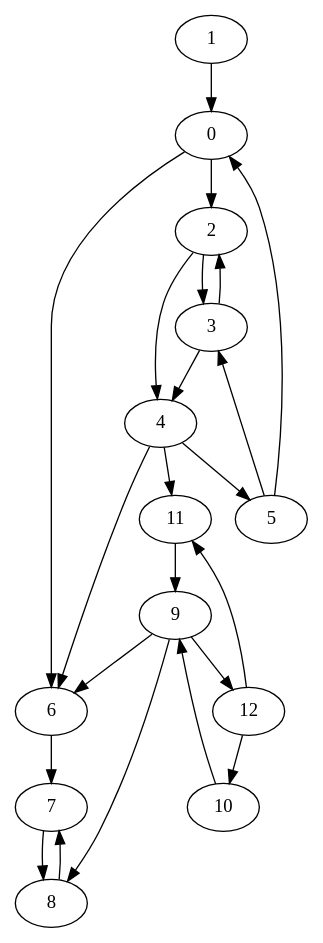
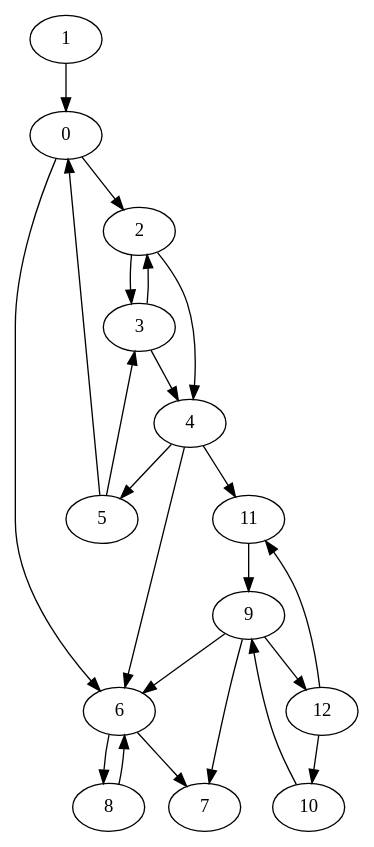
One commit to farhatnadim/Graph_lib changed the diagram in data/tingyDG.dot. Above: the diagram before and after it, drawn with Graphviz. The commit also changed 4 other files, not shown here.

```diff
--- a/data/tingyDG.dot
+++ b/data/tingyDG.dot
@@ -1,24 +1,24 @@
 digraph G {
 "0" -> "2";
 "0" -> "6";
 "1" -> "0";
 "2" -> "3";
 "2" -> "4";
 "3" -> "2";
 "3" -> "4";
 "4" -> "5";
 "4" -> "6";
 "4" -> "11";
 "5" -> "0";
 "5" -> "3";
 "6" -> "7";
-"7" -> "8";
-"8" -> "7";
+"6" -> "8";
+"8" -> "6";
 "9" -> "6";
-"9" -> "8";
+"9" -> "7";
 "9" -> "12";
 "10" -> "9";
 "11" -> "9";
 "12" -> "10";
 "12" -> "11";
 }
```
